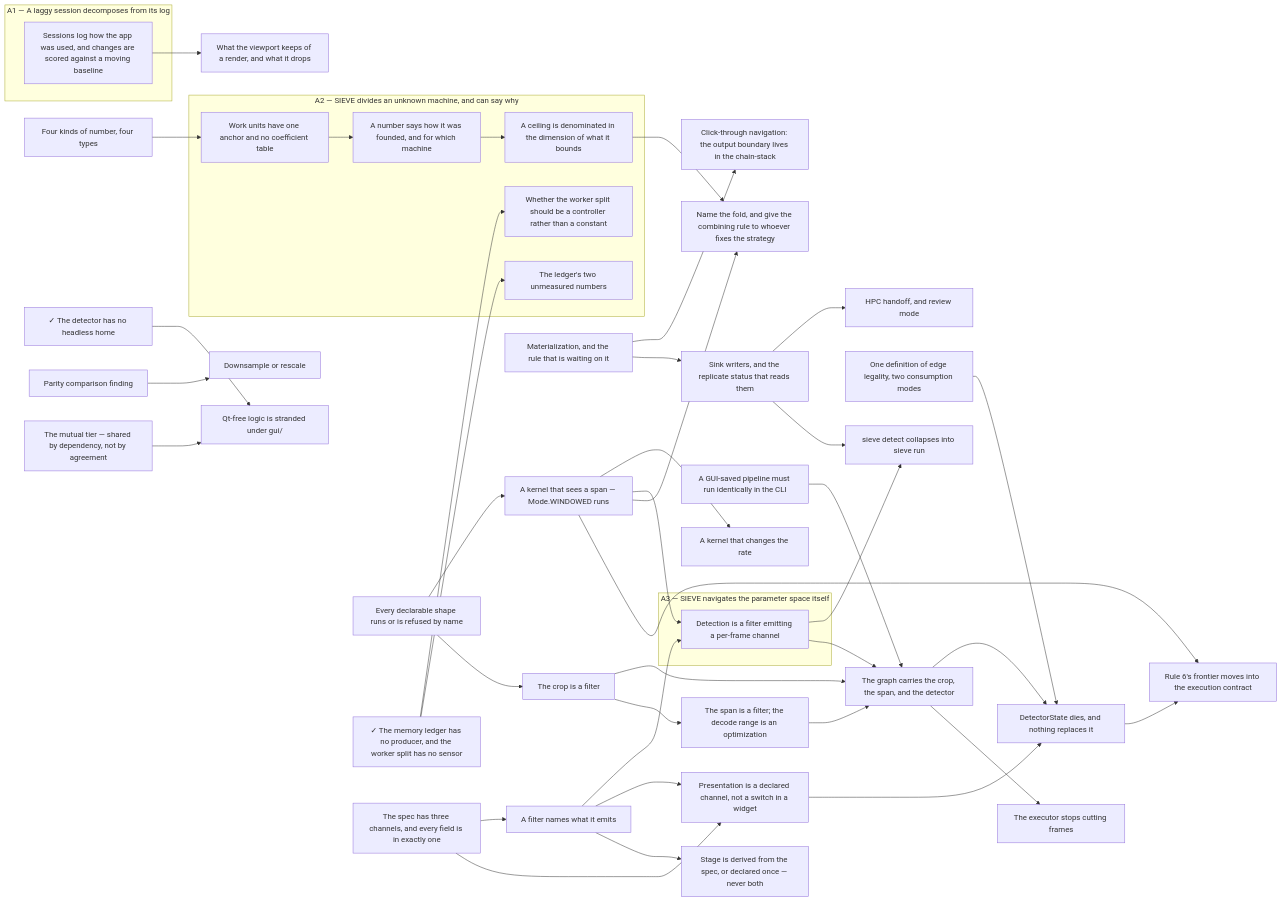
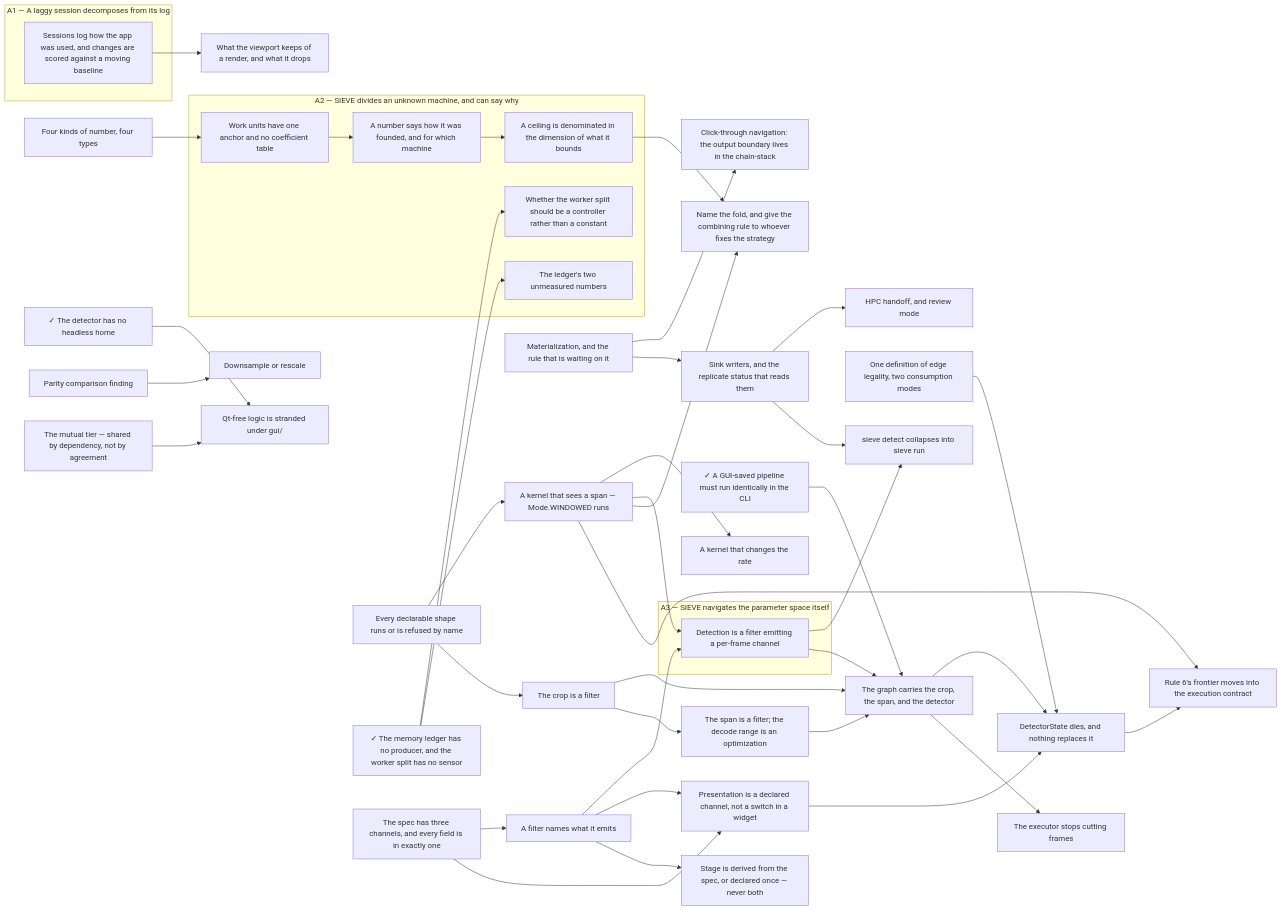
The diagram in docs/.state.md (soulsynapse/antscihub-SIEVE), drawn with Mermaid before and after one commit. The commit also changed other lines of this file and 8 other files, not shown here.

````diff
--- a/docs/.state.md
+++ b/docs/.state.md
@@ -128,81 +126,81 @@
 ```mermaid
 graph LR
   subgraph A1["A1 — A laggy session decomposes from its log"]
       slow_path_surfacing["Sessions log how the app was used, and changes are scored against a moving baseline"]
   end
   subgraph A2["A2 — SIEVE divides an unknown machine, and can say why"]
       a_number_says_how_it_was_founded["A number says how it was founded, and for which machine"]
       adaptive_worker_allocation["Whether the worker split should be a controller rather than a constant"]
       ceilings_in_the_dimension_they_bound["A ceiling is denominated in the dimension of what it bounds"]
       ledger_measurements["The ledger's two unmeasured numbers"]
       work_units_have_one_anchor["Work units have one anchor and no coefficient table"]
   end
   subgraph A3["A3 — SIEVE navigates the parameter space itself"]
       detection_is_a_filter["Detection is a filter emitting a per-frame channel"]
   end
     a_filter_names_what_it_emits["A filter names what it emits"]
     a_kernel_that_changes_the_rate["A kernel that changes the rate"]
     a_kernel_that_sees_a_span["A kernel that sees a span — Mode.WINDOWED runs"]
     click_through_navigation["Click-through navigation: the output boundary lives in the chain-stack"]
     declarable_but_not_runnable["Every declarable shape runs or is refused by name"]
     detector_state_dies["DetectorState dies, and nothing replaces it"]
     downsample_or_rescale["Downsample or rescale"]
     four_numbers_four_types["Four kinds of number, four types"]
-    gui_cli_execution_parity["A GUI-saved pipeline must run identically in the CLI"]
+    gui_cli_execution_parity["✓ A GUI-saved pipeline must run identically in the CLI"]
     headless_detection["✓ The detector has no headless home"]
     hpc_handoff_and_review_mode["HPC handoff, and review mode"]
     ledger_producers["✓ The memory ledger has no producer, and the worker split has no sensor"]
     materialization["Materialization, and the rule that is waiting on it"]
     name_the_fold["Name the fold, and give the combining rule to whoever fixes the strategy"]
     one_definition_of_edge_legality["One definition of edge legality, two consumption modes"]
     parity_comparison_finding["Parity comparison finding"]
     presentation_is_a_channel_not_a_switch["Presentation is a declared channel, not a switch in a widget"]
     proxy_retention_policy["What the viewport keeps of a render, and what it drops"]
     qt_free_logic_under_gui["Qt-free logic is stranded under gui/"]
     rule_sixs_frontier_moves_into_the_contract["Rule 6's frontier moves into the execution contract"]
     sieve_detect_collapses_into_sieve_run["sieve detect collapses into sieve run"]
     sink_writers["Sink writers, and the replicate status that reads them"]
     stage_is_derived_or_declared_once["Stage is derived from the spec, or declared once — never both"]
     the_crop_is_a_filter["The crop is a filter"]
     the_executor_stops_cutting_frames["The executor stops cutting frames"]
     the_graph_carries_the_crop_the_span_and_the_detector["The graph carries the crop, the span, and the detector"]
     the_mutual_tier["The mutual tier — shared by dependency, not by agreement"]
     the_span_is_a_filter["The span is a filter; the decode range is an optimization"]
     the_spec_has_three_channels["The spec has three channels, and every field is in exactly one"]
     the_spec_has_three_channels --> a_filter_names_what_it_emits
     a_kernel_that_sees_a_span --> a_kernel_that_changes_the_rate
     declarable_but_not_runnable --> a_kernel_that_sees_a_span
     work_units_have_one_anchor --> a_number_says_how_it_was_founded
     ledger_producers --> adaptive_worker_allocation
     a_number_says_how_it_was_founded --> ceilings_in_the_dimension_they_bound
     materialization --> click_through_navigation
     a_kernel_that_sees_a_span --> detection_is_a_filter
     a_filter_names_what_it_emits --> detection_is_a_filter
     the_graph_carries_the_crop_the_span_and_the_detector --> detector_state_dies
     one_definition_of_edge_legality --> detector_state_dies
     presentation_is_a_channel_not_a_switch --> detector_state_dies
     parity_comparison_finding --> downsample_or_rescale
     sink_writers --> hpc_handoff_and_review_mode
     ledger_producers --> ledger_measurements
     ceilings_in_the_dimension_they_bound --> name_the_fold
     a_kernel_that_sees_a_span --> name_the_fold
     the_spec_has_three_channels --> presentation_is_a_channel_not_a_switch
     a_filter_names_what_it_emits --> presentation_is_a_channel_not_a_switch
     slow_path_surfacing --> proxy_retention_policy
     headless_detection --> qt_free_logic_under_gui
     the_mutual_tier --> qt_free_logic_under_gui
     a_kernel_that_sees_a_span --> rule_sixs_frontier_moves_into_the_contract
     detector_state_dies --> rule_sixs_frontier_moves_into_the_contract
     detection_is_a_filter --> sieve_detect_collapses_into_sieve_run
     sink_writers --> sieve_detect_collapses_into_sieve_run
     materialization --> sink_writers
     a_filter_names_what_it_emits --> stage_is_derived_or_declared_once
     declarable_but_not_runnable --> the_crop_is_a_filter
     the_graph_carries_the_crop_the_span_and_the_detector --> the_executor_stops_cutting_frames
     the_crop_is_a_filter --> the_graph_carries_the_crop_the_span_and_the_detector
     the_span_is_a_filter --> the_graph_carries_the_crop_the_span_and_the_detector
     detection_is_a_filter --> the_graph_carries_the_crop_the_span_and_the_detector
     gui_cli_execution_parity --> the_graph_carries_the_crop_the_span_and_the_detector
     the_crop_is_a_filter --> the_span_is_a_filter
     four_numbers_four_types --> work_units_have_one_anchor
 ```
````
